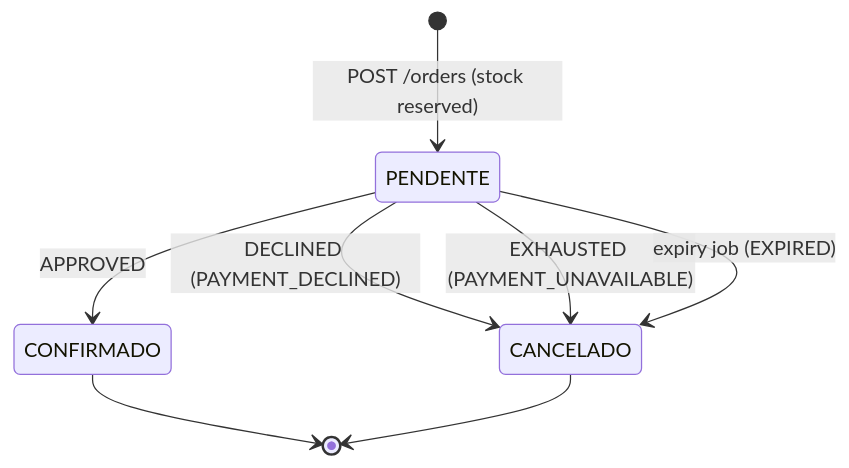
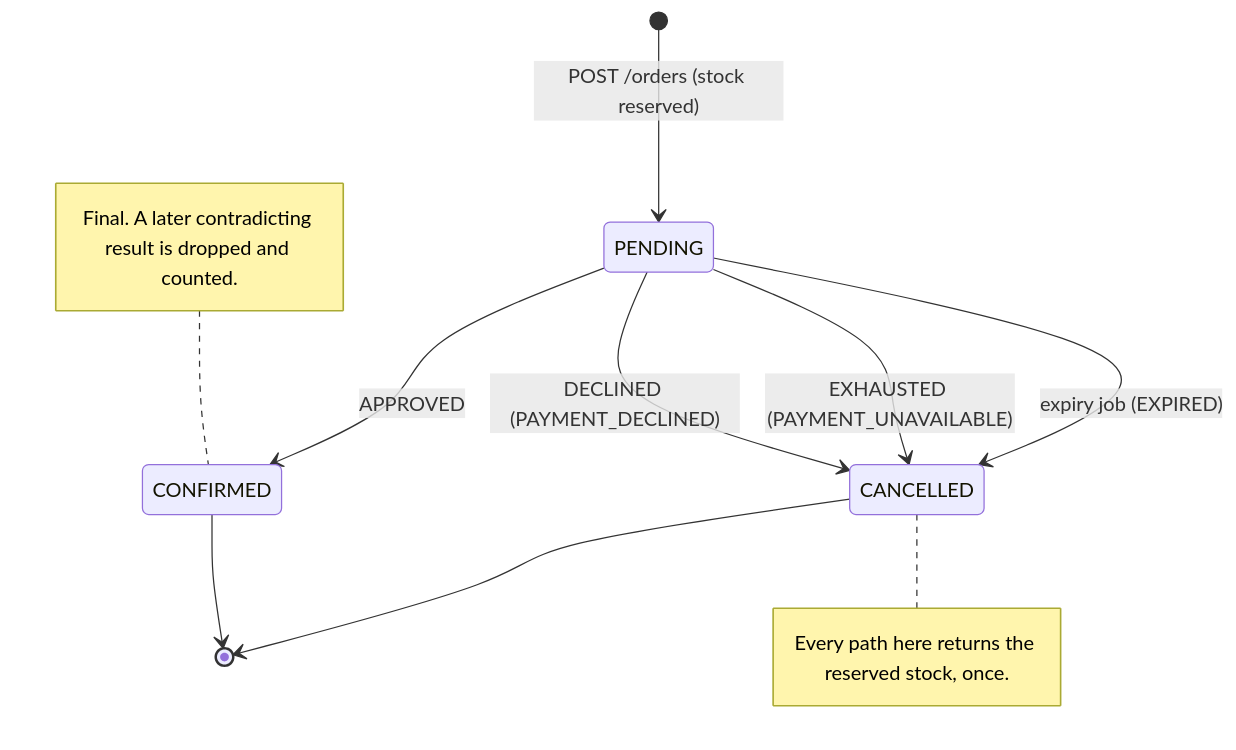
One commit to Serg-Ale/stockrush changed the first of 4 diagrams in docs/adr/0001-payment-retry-and-dlq-policy.md. Above: the diagram before and after it, drawn with Mermaid. The commit also changed other lines of this file and 4 other files, not shown here.

First line of the commit message:
docs: diagramas do ADR 0001, glossário e template de PR

````diff
--- a/docs/adr/0001-payment-retry-and-dlq-policy.md
+++ b/docs/adr/0001-payment-retry-and-dlq-policy.md
@@ -77,10 +77,16 @@
 ```mermaid
 stateDiagram-v2
-    [*] --> PENDENTE: POST /orders (stock reserved)
-    PENDENTE --> CONFIRMADO: APPROVED
-    PENDENTE --> CANCELADO: DECLINED (PAYMENT_DECLINED)
-    PENDENTE --> CANCELADO: EXHAUSTED (PAYMENT_UNAVAILABLE)
-    PENDENTE --> CANCELADO: expiry job (EXPIRED)
-    CONFIRMADO --> [*]
-    CANCELADO --> [*]
+    [*] --> PENDING: POST /orders (stock reserved)
+    PENDING --> CONFIRMED: APPROVED
+    PENDING --> CANCELLED: DECLINED (PAYMENT_DECLINED)
+    PENDING --> CANCELLED: EXHAUSTED (PAYMENT_UNAVAILABLE)
+    PENDING --> CANCELLED: expiry job (EXPIRED)
+    CONFIRMED --> [*]
+    CANCELLED --> [*]
+    note right of CANCELLED
+        Every path here returns the reserved stock, once.
+    end note
+    note left of CONFIRMED
+        Final. A later contradicting result is dropped and counted.
+    end note
 ```
````
